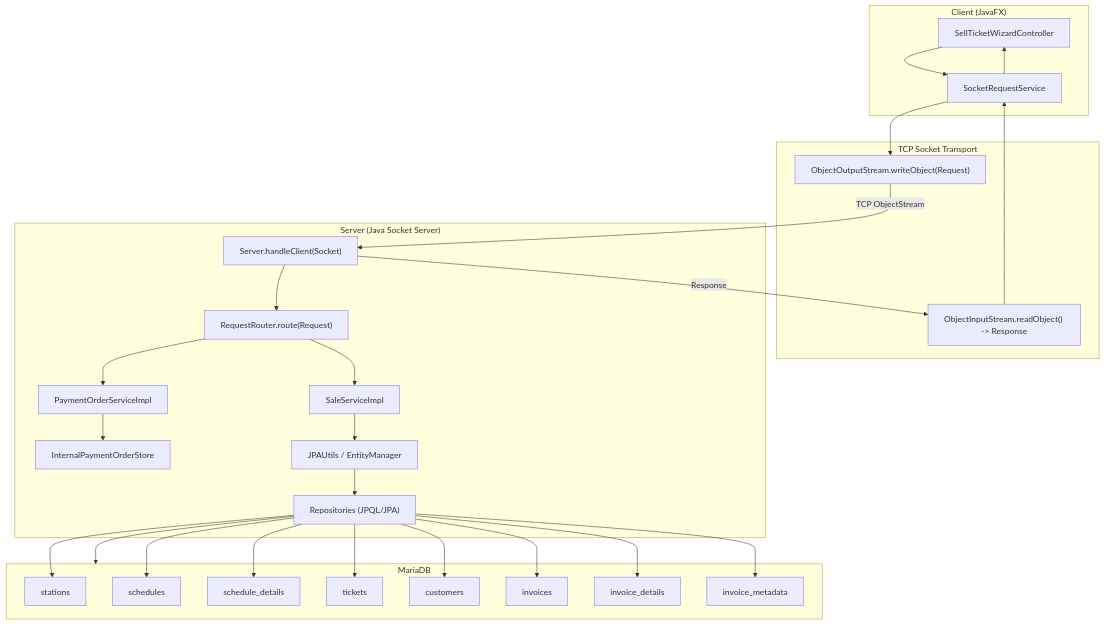
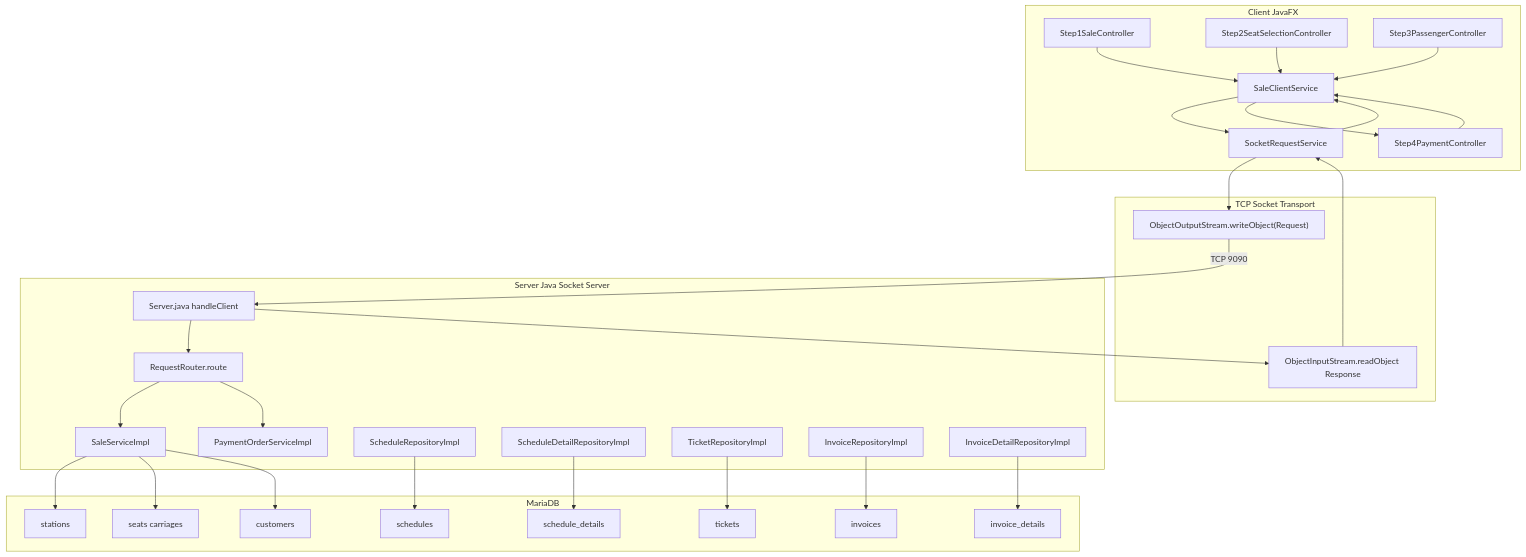
The first of 3 diagrams in docs/diagrams/sequence/uc001-ban-ve.md (Distributed-Programing-Project/railway-reservation-system-server), drawn with Mermaid before and after one commit. The commit also changed other lines of this file and 24 other files, not shown here.

````diff
--- a/docs/diagrams/sequence/uc001-ban-ve.md
+++ b/docs/diagrams/sequence/uc001-ban-ve.md
@@ -5,50 +7,64 @@
 ```mermaid
 graph TB
-  subgraph CLIENT["Client (JavaFX)"]
-    UI["SellTicketWizardController"]
-    SocketSvc["SocketRequestService"]
-  end
+    subgraph CLIENT ["Client JavaFX"]
+        UI1["Step1SaleController"]
+        UI2["Step2SeatSelectionController"]
+        UI3["Step3PassengerController"]
+        UI4["Step4PaymentController"]
+        CS["SaleClientService"]
+        SC["SocketRequestService"]
+    end
 
-  subgraph TRANSPORT["TCP Socket Transport"]
-    OOS["ObjectOutputStream.writeObject(Request)"]
-    OIS["ObjectInputStream.readObject() -> Response"]
-  end
+    subgraph TRANSPORT ["TCP Socket Transport"]
+        OOS["ObjectOutputStream.writeObject(Request)"]
+        OIS["ObjectInputStream.readObject Response"]
+    end
 
-  subgraph SERVER["Server (Java Socket Server)"]
-    Handler["Server.handleClient(Socket)"]
-    Router["RequestRouter.route(Request)"]
-    SaleSvc["SaleServiceImpl"]
-    PaySvc["PaymentOrderServiceImpl"]
-    Store["InternalPaymentOrderStore"]
-    JPA["JPAUtils / EntityManager"]
-    Repos["Repositories (JPQL/JPA)"]
-  end
+    subgraph SERVER ["Server Java Socket Server"]
+        SRV["Server.java handleClient"]
+        RR["RequestRouter.route"]
+        SVC["SaleServiceImpl"]
+        PAY["PaymentOrderServiceImpl"]
+        REPO1["ScheduleRepositoryImpl"]
+        REPO2["ScheduleDetailRepositoryImpl"]
+        REPO3["TicketRepositoryImpl"]
+        REPO4["InvoiceRepositoryImpl"]
+        REPO5["InvoiceDetailRepositoryImpl"]
+    end
 
-  subgraph DB["MariaDB"]
-    Stations["stations"]
-    Schedules["schedules"]
-    ScheduleDetails["schedule_details"]
-    Tickets["tickets"]
-    Customers["customers"]
-    Invoices["invoices"]
-    InvoiceDetails["invoice_details"]
-    InvoiceMeta["invoice_metadata"]
-  end
+    subgraph DB ["MariaDB"]
+        T_ST["stations"]
+        T_SCH["schedules"]
+        T_SCHD["schedule_details"]
+        T_SEAT["seats carriages"]
+        T_CUS["customers"]
+        T_TK["tickets"]
+        T_INV["invoices"]
+        T_DET["invoice_details"]
+    end
 
-  UI --> SocketSvc --> OOS
-  OOS -->|"TCP ObjectStream"| Handler
-  Handler --> Router
-  Router --> SaleSvc
-  Router --> PaySvc
-  SaleSvc --> JPA --> Repos --> DB
-  PaySvc --> Store
-  Repos --> Stations
-  Repos --> Schedules
-  Repos --> ScheduleDetails
-  Repos --> Tickets
-  Repos --> Customers
-  Repos --> Invoices
-  Repos --> InvoiceDetails
-  Repos --> InvoiceMeta
-  Handler -->|"Response"| OIS --> SocketSvc --> UI
+    UI1 --> CS
+    UI2 --> CS
+    UI3 --> CS
+    UI4 --> CS
+    CS --> SC
+    SC --> OOS
+    OOS -- "TCP 9090" --> SRV
+    SRV --> RR
+    RR --> SVC
+    RR --> PAY
+
+    SVC --> T_ST
+    REPO1 --> T_SCH
+    REPO2 --> T_SCHD
+    SVC --> T_SEAT
+    SVC --> T_CUS
+    REPO3 --> T_TK
+    REPO4 --> T_INV
+    REPO5 --> T_DET
+
+    SRV --> OIS
+    OIS --> SC
+    SC --> CS
+    CS --> UI4
 ```
````
